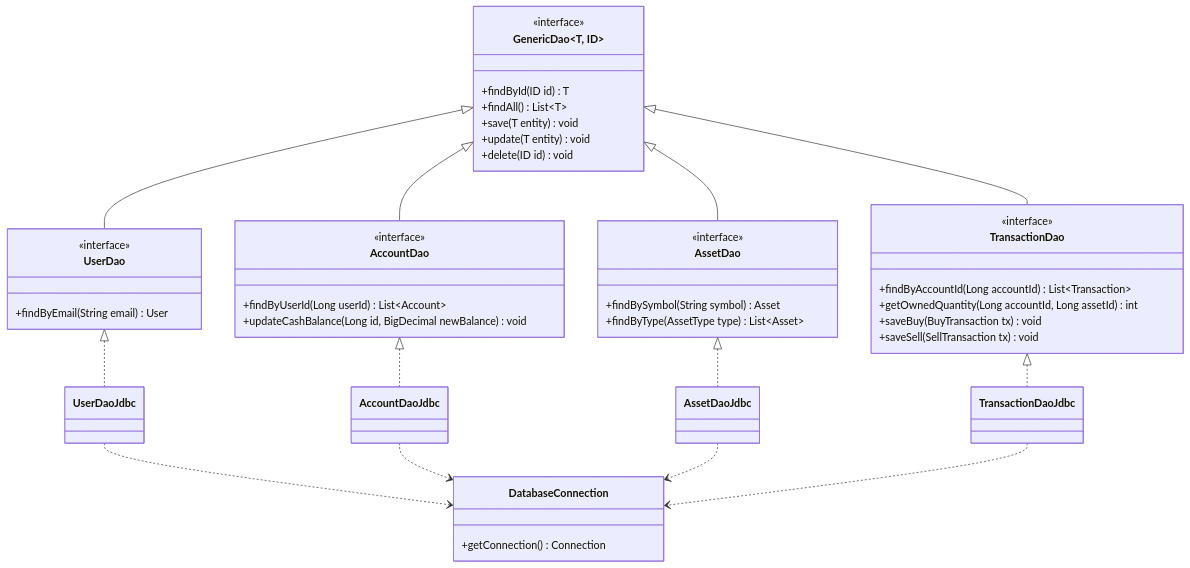
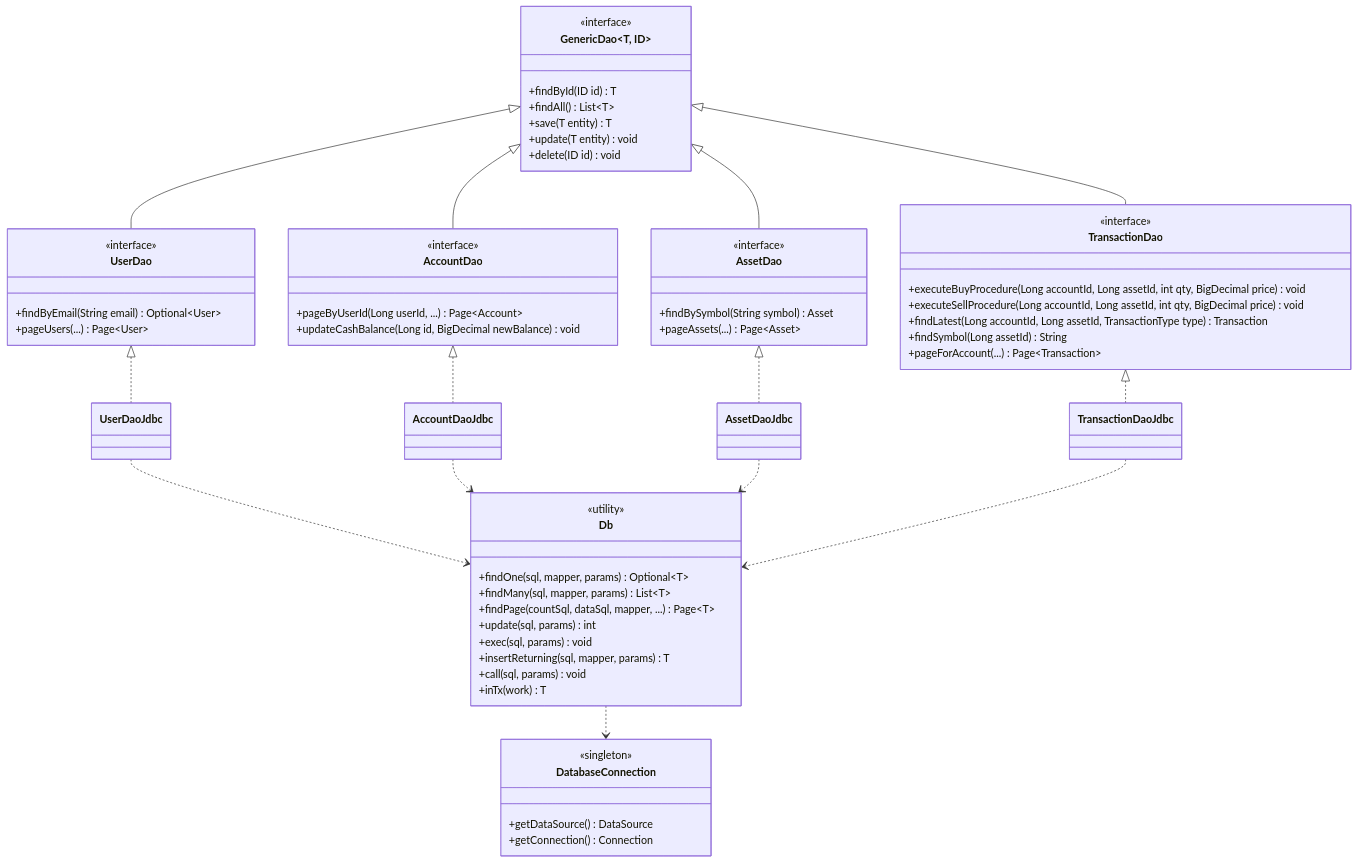
Before and after one commit to YasserDalali/joint-project: the fourth of 13 diagrams in uml.md, drawn with Mermaid. The commit also changed other lines of this file and 247 other files, not shown here.

````diff
--- a/uml.md
+++ b/uml.md
@@ -270,60 +298,77 @@
 ```mermaid
 classDiagram
     class GenericDao~T, ID~ {
         <<interface>>
         +findById(ID id) T
         +findAll() List~T~
-        +save(T entity) void
+        +save(T entity) T
         +update(T entity) void
         +delete(ID id) void
     }
 
     class UserDao {
         <<interface>>
-        +findByEmail(String email) User
+        +findByEmail(String email) Optional~User~
+        +pageUsers(...) Page~User~
     }
 
     class AccountDao {
         <<interface>>
-        +findByUserId(Long userId) List~Account~
+        +pageByUserId(Long userId, ...) Page~Account~
         +updateCashBalance(Long id, BigDecimal newBalance) void
     }
 
     class AssetDao {
         <<interface>>
         +findBySymbol(String symbol) Asset
-        +findByType(AssetType type) List~Asset~
+        +pageAssets(...) Page~Asset~
     }
 
     class TransactionDao {
         <<interface>>
-        +findByAccountId(Long accountId) List~Transaction~
-        +getOwnedQuantity(Long accountId, Long assetId) int
-        +saveBuy(BuyTransaction tx) void
-        +saveSell(SellTransaction tx) void
+        +executeBuyProcedure(Long accountId, Long assetId, int qty, BigDecimal price) void
+        +executeSellProcedure(Long accountId, Long assetId, int qty, BigDecimal price) void
+        +findLatest(Long accountId, Long assetId, TransactionType type) Transaction
+        +findSymbol(Long assetId) String
+        +pageForAccount(...) Page~Transaction~
     }
 
     GenericDao <|-- UserDao
     GenericDao <|-- AccountDao
     GenericDao <|-- AssetDao
     GenericDao <|-- TransactionDao
 
     class UserDaoJdbc
     class AccountDaoJdbc
     class AssetDaoJdbc
     class TransactionDaoJdbc
 
     UserDao <|.. UserDaoJdbc
     AccountDao <|.. AccountDaoJdbc
     AssetDao <|.. AssetDaoJdbc
     TransactionDao <|.. TransactionDaoJdbc
 
+    class Db {
+        <<utility>>
+        +findOne(sql, mapper, params) Optional~T~
+        +findMany(sql, mapper, params) List~T~
+        +findPage(countSql, dataSql, mapper, ...) Page~T~
+        +update(sql, params) int
+        +exec(sql, params) void
+        +insertReturning(sql, mapper, params) T
+        +call(sql, params) void
+        +inTx(work) T
+    }
+
     class DatabaseConnection {
+        <<singleton>>
+        +getDataSource() DataSource
         +getConnection() Connection
     }
 
-    UserDaoJdbc ..> DatabaseConnection
-    AccountDaoJdbc ..> DatabaseConnection
-    AssetDaoJdbc ..> DatabaseConnection
-    TransactionDaoJdbc ..> DatabaseConnection
+    UserDaoJdbc ..> Db
+    AccountDaoJdbc ..> Db
+    AssetDaoJdbc ..> Db
+    TransactionDaoJdbc ..> Db
+    Db ..> DatabaseConnection
 ```
````
